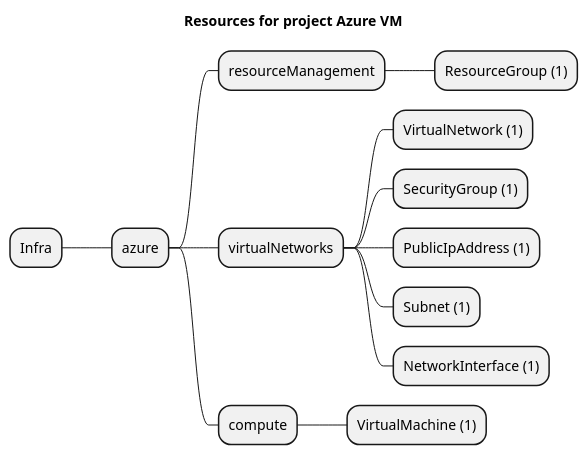
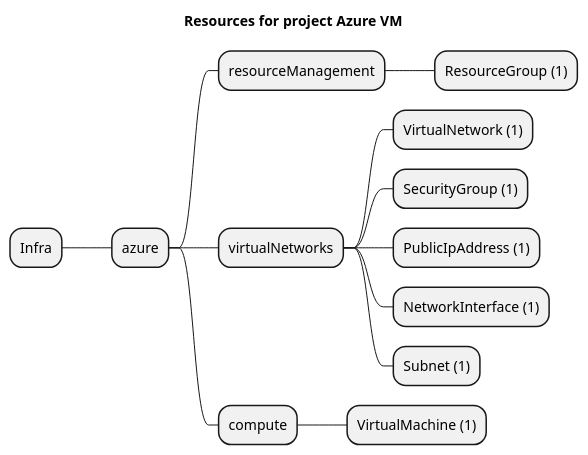
Before and after one commit to grucloud/grucloud: the diagram in examples/azure/vm/artifacts/resources-mindmap.puml, drawn with PlantUML. The commit also changed other lines of this file and 135 other files, not shown here.

```diff
--- a/examples/azure/vm/artifacts/resources-mindmap.puml
+++ b/examples/azure/vm/artifacts/resources-mindmap.puml
@@ -1,16 +1,16 @@
 @startmindmap
 title Resources for project Azure VM
 skinparam monochrome true
 + Infra
 ++ azure
 +++ resourceManagement
 ++++ ResourceGroup (1)
 +++ virtualNetworks
 ++++ VirtualNetwork (1)
 ++++ SecurityGroup (1)
 ++++ PublicIpAddress (1)
+++++ NetworkInterface (1)
 ++++ Subnet (1)
-++++ NetworkInterface (1)
 +++ compute
 ++++ VirtualMachine (1)
 @endmindmap
```
